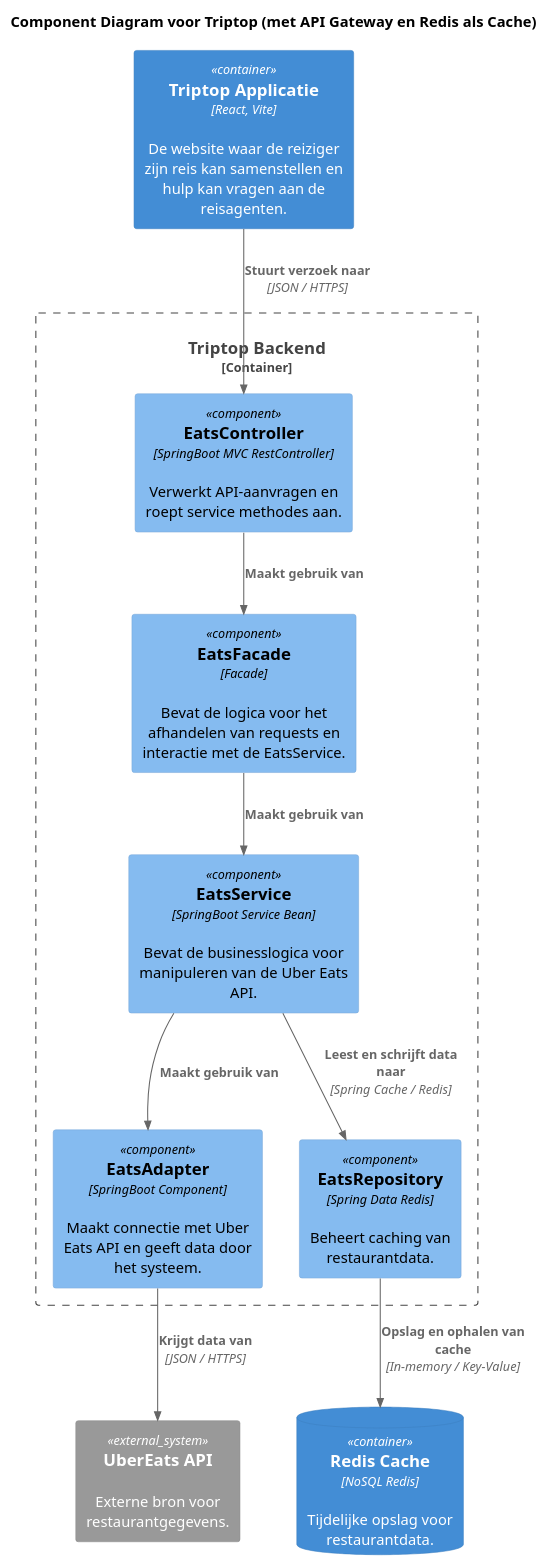
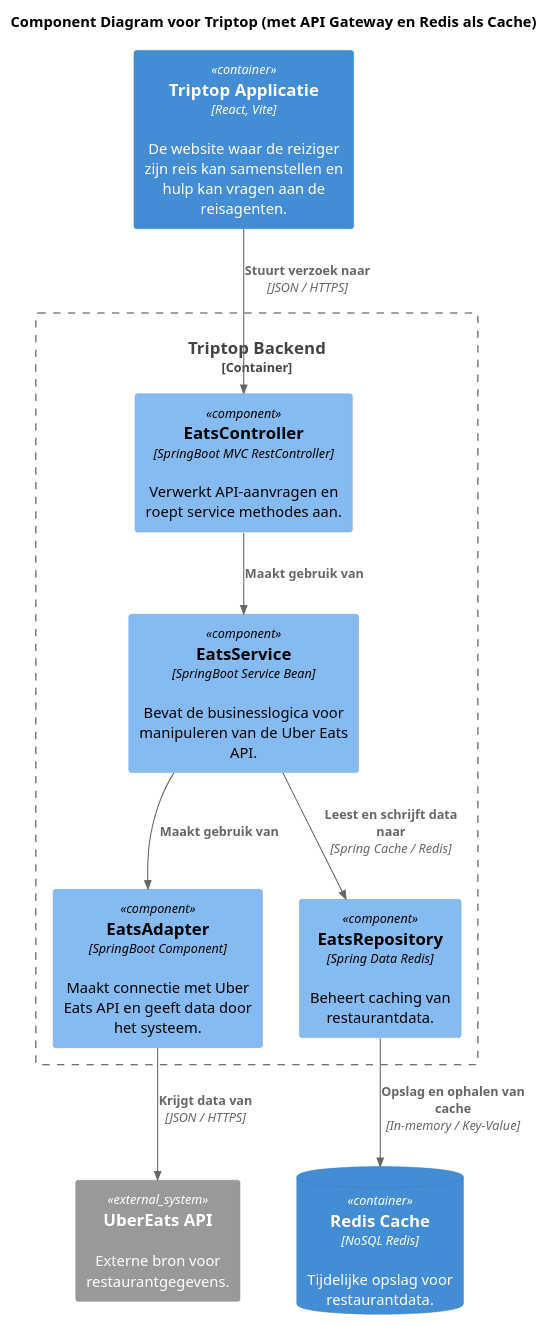
Before and after one commit to AIM-ENE-feb25/triptop-beca: the diagram in voorbereidingen/week2-les3/component-diagram-onderzoeksvraag-atakan.puml, drawn with PlantUML. The commit also changed 2 other files, not shown here.

Commit message:
Wijzigingen gemaakt aan diagrammen

```diff
--- a/voorbereidingen/week2-les3/component-diagram-onderzoeksvraag-atakan.puml
+++ b/voorbereidingen/week2-les3/component-diagram-onderzoeksvraag-atakan.puml
@@ -1,29 +1,27 @@
 @startuml
 !include https://raw.githubusercontent.com/plantuml-stdlib/C4-PlantUML/master/C4_Component.puml
 
 title Component Diagram voor Triptop (met API Gateway en Redis als Cache)
 
 Container(tt_app, "Triptop Applicatie", "React, Vite", "De website waar de reiziger zijn reis kan samenstellen en hulp kan vragen aan de reisagenten.")
 System_Ext(eats_api, "UberEats API", "Externe bron voor restaurantgegevens.")
 ContainerDb(redis, "Redis Cache", "NoSQL Redis", "Tijdelijke opslag voor restaurantdata.")
 
 Container_Boundary(api, "Triptop Backend") {
     Component(controller, "EatsController", "SpringBoot MVC RestController", "Verwerkt API-aanvragen en roept service methodes aan.")
-    Component(facade, "EatsFacade", "Facade", "Bevat de logica voor het afhandelen van requests en interactie met de EatsService.")
     Component(service, "EatsService", "SpringBoot Service Bean", "Bevat de businesslogica voor manipuleren van de Uber Eats API.")
     Component(eats_client, "EatsAdapter", "SpringBoot Component", "Maakt connectie met Uber Eats API en geeft data door het systeem.")
     Component(eats_cache, "EatsRepository", "Spring Data Redis", "Beheert caching van restaurantdata.")
 
     Rel(tt_app, controller, "Stuurt verzoek naar", "JSON / HTTPS")
-    Rel(controller, facade, "Maakt gebruik van")
-    Rel(facade, service, "Maakt gebruik van")
+    Rel(controller, service, "Maakt gebruik van")
     Rel(service, eats_client, "Maakt gebruik van")
     Rel(eats_client, eats_api, "Krijgt data van", "JSON / HTTPS")
 
     Rel(service, eats_cache, "Leest en schrijft data naar", "Spring Cache / Redis")
     Rel(eats_cache, redis, "Opslag en ophalen van cache", "In-memory / Key-Value")
 
 }
 
 
 @enduml
```
